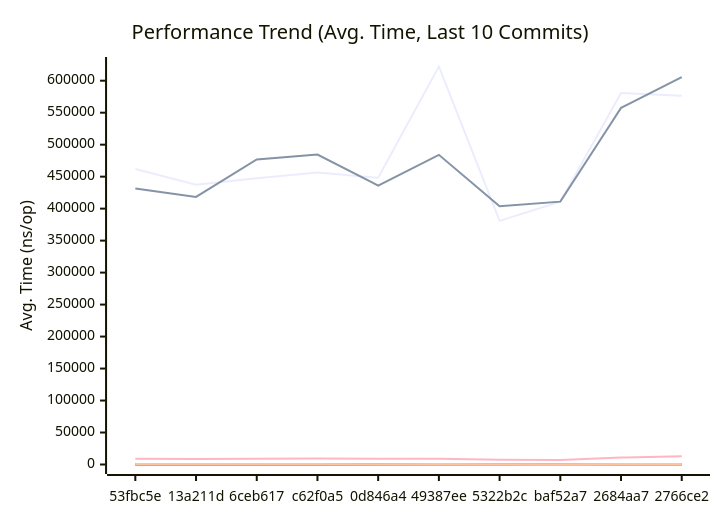
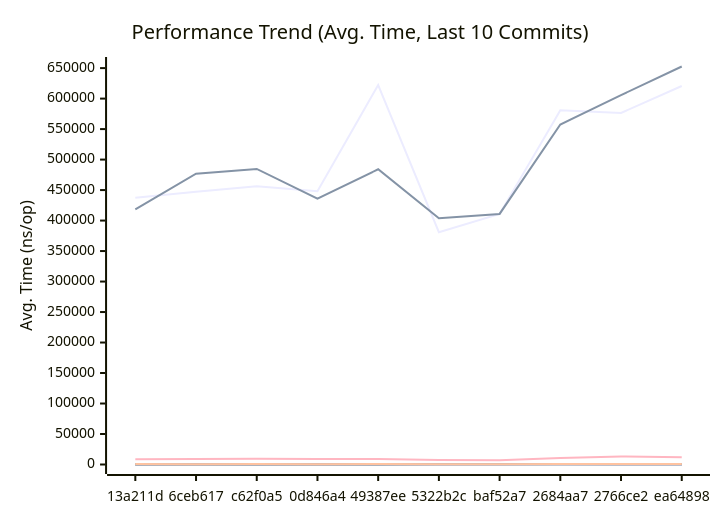
Before and after one commit to alsotoes/momo: the first of 3 diagrams in docs/PERFORMANCE.md, drawn with Mermaid. The commit also changed other lines of this file and 3 other files, not shown here.

````diff
--- a/docs/PERFORMANCE.md
+++ b/docs/PERFORMANCE.md
@@ -145,20 +145,20 @@
 ```mermaid
 xychart-beta
     title "Performance Trend (Avg. Time, Last 10 Commits)"
     x-axis "Commit"
     y-axis "Avg. Time (ns/op)"
-    x-axis [53fbc5e,13a211d,6ceb617,c62f0a5,0d846a4,49387ee,5322b2c,baf52a7,2684aa7,2766ce2]
-    line "AWSChunkedReaderSigned" [461886,437350,447444,456452,448270,622202,380899,410944,580705,576464]
-    line "AWSChunkedReaderUnsigned" [431657,418289,476966,484613,436099,484134,403705,410907,557512,605728]
-    line "CheckMetricsAndSwap" [9,8,10,9,10,8,9,7,10,11]
-    line "CrushOptimized" [350,344,353,360,384,403,296,264,368,415]
-    line "CrushOriginal" [504,419,488,539,442,474,375,370,598,664]
+    x-axis [13a211d,6ceb617,c62f0a5,0d846a4,49387ee,5322b2c,baf52a7,2684aa7,2766ce2,ea64898]
+    line "AWSChunkedReaderSigned" [437350,447444,456452,448270,622202,380899,410944,580705,576464,620631]
+    line "AWSChunkedReaderUnsigned" [418289,476966,484613,436099,484134,403705,410907,557512,605728,652637]
+    line "CheckMetricsAndSwap" [8,10,9,10,8,9,7,10,11,10]
+    line "CrushOptimized" [344,353,360,384,403,296,264,368,415,420]
+    line "CrushOriginal" [419,488,539,442,474,375,370,598,664,874]
     line "IndexDirectTracking" [0,0,0,0,0,0,0,0,0,0]
-    line "IndexSearch" [3,3,3,3,3,3,3,3,3,4]
-    line "LoadGlobalConfig" [8919,8720,9023,9246,9136,9150,7234,7096,10842,13042]
-    line "PadString" [41,39,53,48,50,48,35,34,55,63]
+    line "IndexSearch" [3,3,3,3,3,3,3,3,4,3]
+    line "LoadGlobalConfig" [8720,9023,9246,9136,9150,7234,7096,10842,13042,12014]
+    line "PadString" [39,53,48,50,48,35,34,55,63,56]
     line "ParseReplicationOrder_NoPrealloc" [350,349,357,354,345,225,229,165,232,234]
     line "ParseReplicationOrder_Prealloc" [229,231,237,234,229,108,107,80,110,109]
-    line "SanitizeLog/Safe" [213,224,479,510,430,543,398,379,530,569]
-    line "SanitizeLog/Unsafe" [708,682,607,625,542,680,482,537,734,816]
+    line "SanitizeLog/Safe" [224,479,510,430,543,398,379,530,569,614]
+    line "SanitizeLog/Unsafe" [682,607,625,542,680,482,537,734,816,804]
 ```
````
